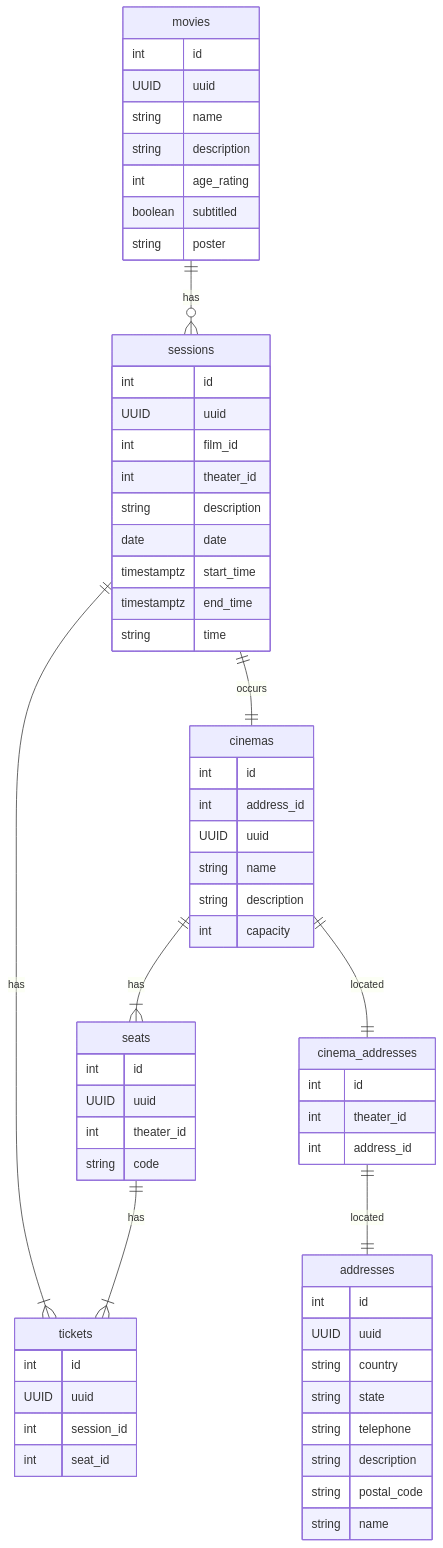
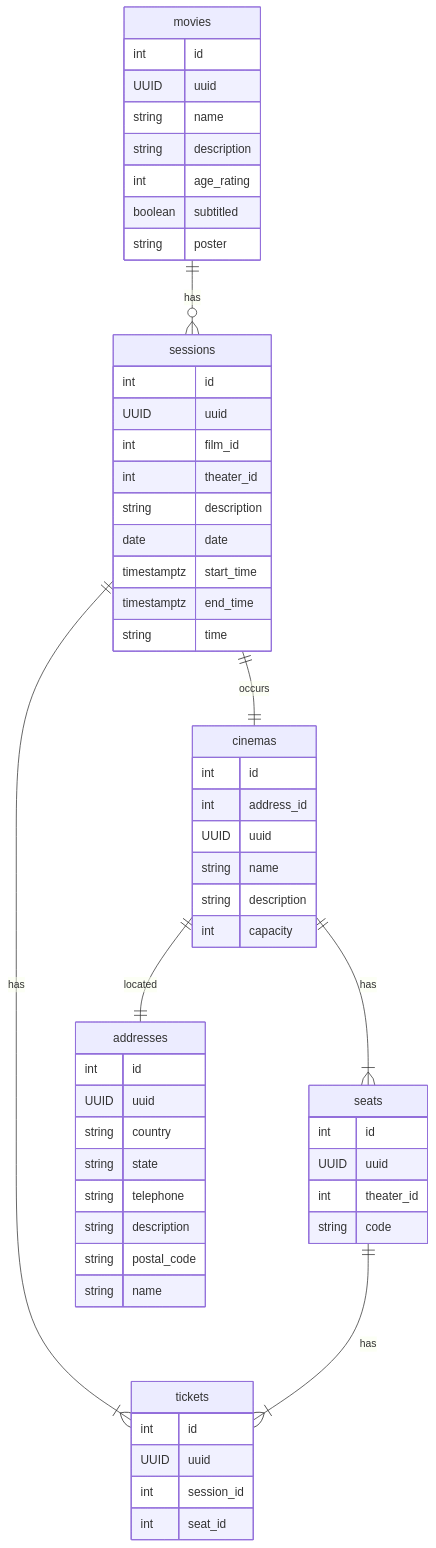
One commit to jtonynet/cine-catalogo changed the second of 2 diagrams in README.md. Above: the diagram before and after it, drawn with Mermaid. The commit also changed other lines of this file and 1 other file, not shown here.

````diff
--- a/README.md
+++ b/README.md
@@ -146,66 +148,60 @@
 ```mermaid
 erDiagram 
     movies {
         int id
         UUID uuid
         string name
         string description
         int age_rating
         boolean subtitled
         string poster
     }
     sessions {
         int id
         UUID uuid
         int film_id
         int theater_id
         string description
         date date
         timestamptz start_time
         timestamptz end_time
         string time
     }
     cinemas {
         int id
         int address_id
         UUID uuid
         string name
         string description
         int capacity
     }
     seats {
         int id
         UUID uuid
         int theater_id
         string code
     }
     tickets {
         int id
         UUID uuid
         int session_id
         int seat_id
     }
     addresses {
         int id
         UUID uuid
         string country
         string state
         string telephone
         string description
         string postal_code
         string name
     }
-    cinema_addresses {
-        int id
-        int theater_id
-        int address_id
-    }
 
     movies ||--o{ sessions : has
     sessions ||--|| cinemas : occurs
     cinemas ||--|{ seats : has
     sessions ||--|{ tickets : has
     seats ||--|{ tickets : has
-    cinemas ||--|| cinema_addresses : located
-    cinema_addresses ||--|| addresses : located
+    cinemas ||--|| addresses : located
 ```
````
